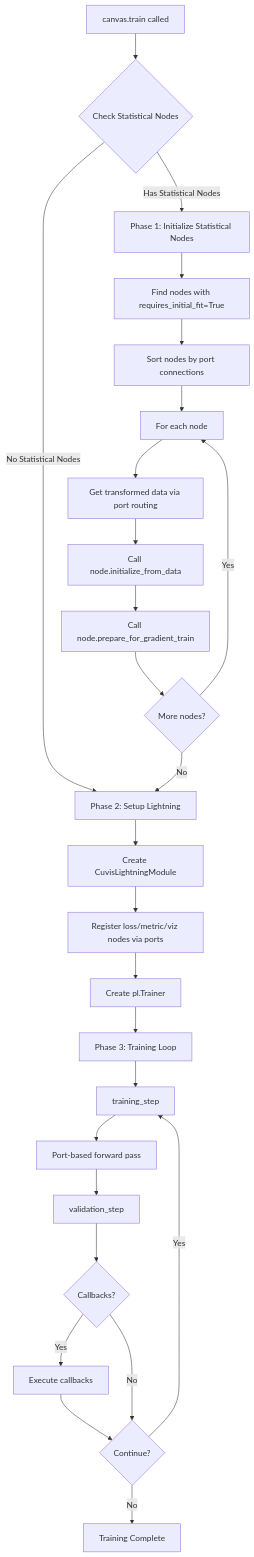
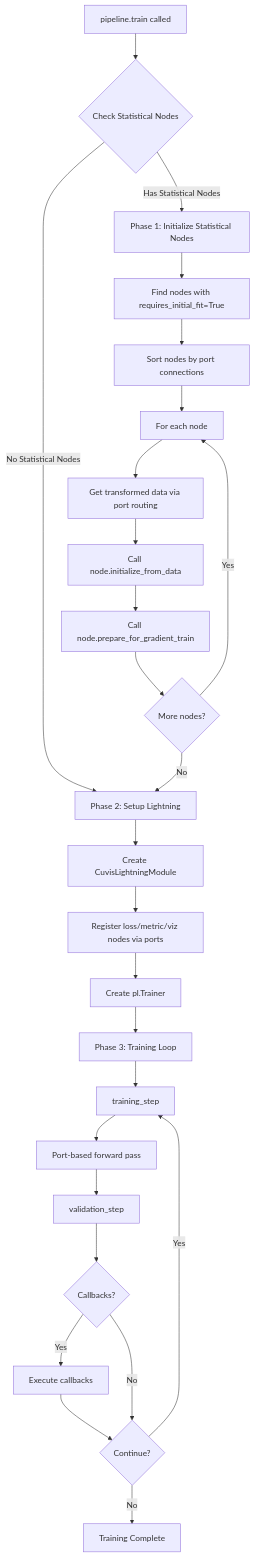
Before and after one commit to cubert-hyperspectral/cuvis-ai: the second of 4 diagrams in docs/reference/architecture.md, drawn with Mermaid. The commit also changed other lines of this file and 188 other files, not shown here.

Commit message:
feat(pipeline): add YAML/PT serialization, pipeline builder, AdaCLIP/HF nodes, and restoration examples/tests

````diff
--- a/docs/reference/architecture.md
+++ b/docs/reference/architecture.md
@@ -31,28 +31,28 @@
 ```mermaid
 graph TB
-    A[canvas.train called] --> B{Check Statistical Nodes}
+    A[pipeline.train called] --> B{Check Statistical Nodes}
     B -->|Has Statistical Nodes| C[Phase 1: Initialize Statistical Nodes]
     B -->|No Statistical Nodes| D[Phase 2: Setup Lightning]
     C --> C1[Find nodes with requires_initial_fit=True]
     C1 --> C2[Sort nodes by port connections]
     C2 --> C3[For each node]
     C3 --> C4[Get transformed data via port routing]
     C4 --> C5[Call node.initialize_from_data]
     C5 --> C6[Call node.prepare_for_gradient_train]
     C6 --> C7{More nodes?}
     C7 -->|Yes| C3
     C7 -->|No| D
     D --> D1[Create CuvisLightningModule]
     D1 --> D2[Register loss/metric/viz nodes via ports]
     D2 --> D3[Create pl.Trainer]
     D3 --> E[Phase 3: Training Loop]
     E --> E1[training_step]
     E1 --> E2[Port-based forward pass]
     E2 --> E3[validation_step]
     E3 --> E4{Callbacks?}
     E4 -->|Yes| E5[Execute callbacks]
     E5 --> E6{Continue?}
     E4 -->|No| E6
     E6 -->|Yes| E1
     E6 -->|No| F[Training Complete]
 ```
````
